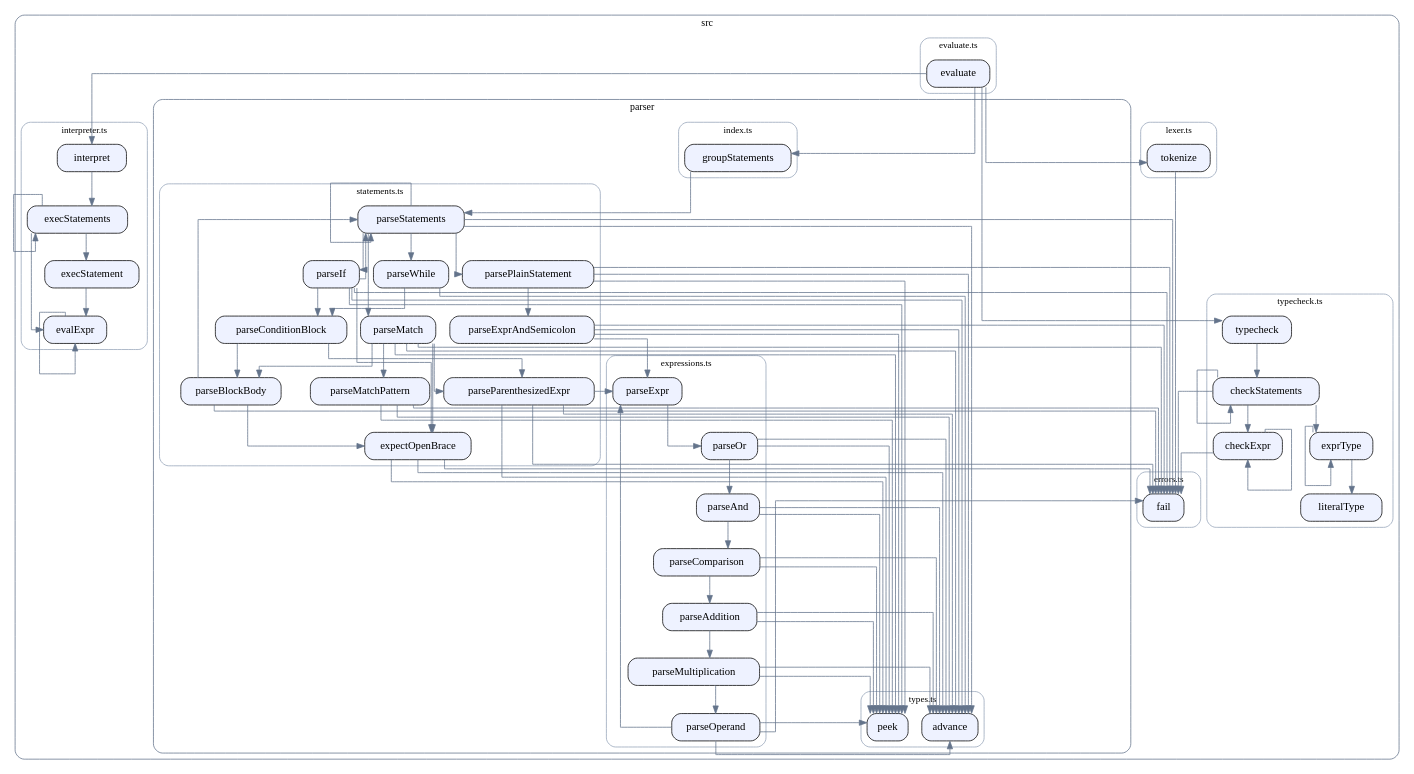
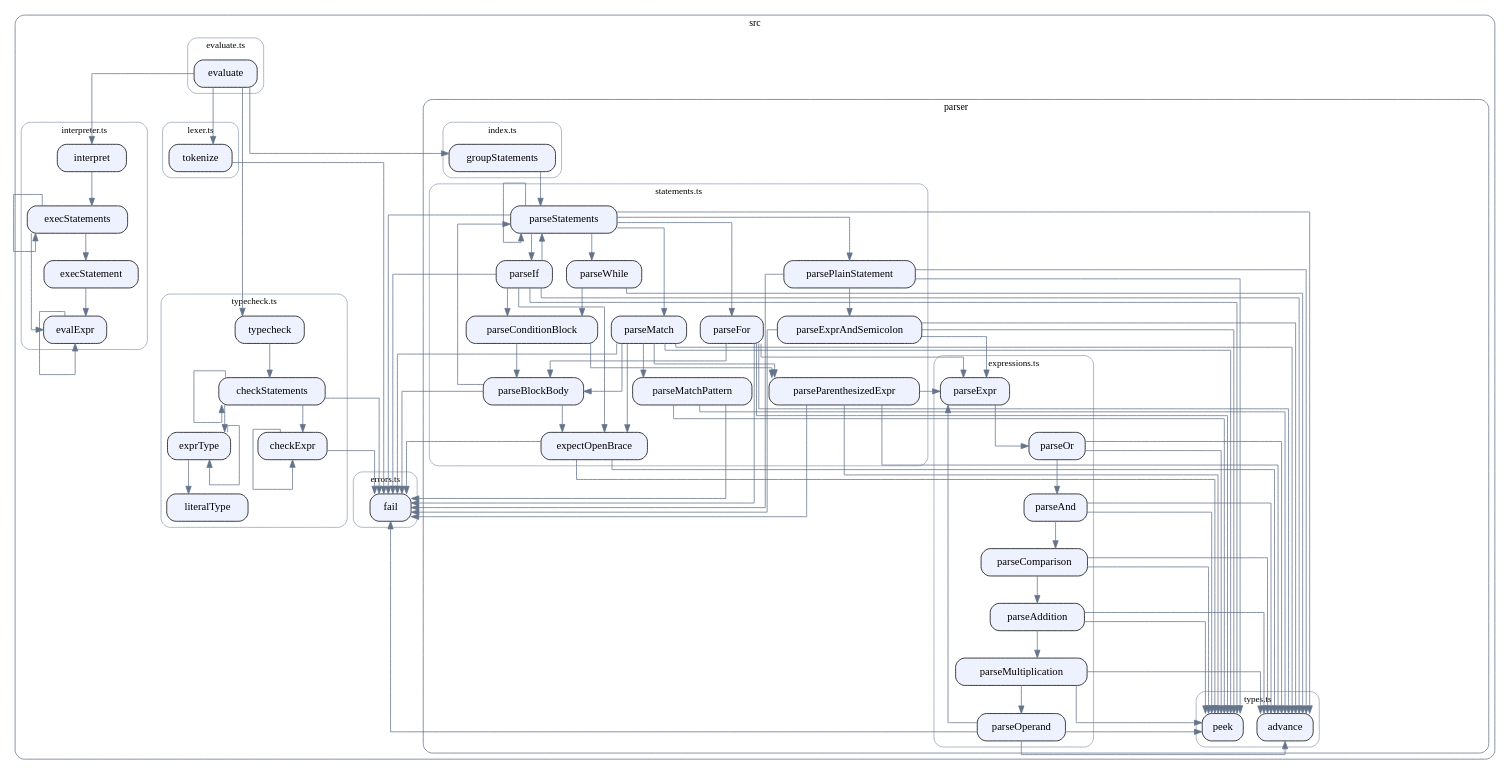
Before and after one commit to SirMathhman/Tuff: the diagram in docs/callgraph.dot, drawn with Graphviz. The commit also changed 9 other files, not shown here.

```diff
--- a/docs/callgraph.dot
+++ b/docs/callgraph.dot
@@ -99,6 +99,7 @@
     "src\\parser\\statements.ts::parseConditionBlock" [label="parseConditionBlock"];
     "src\\parser\\statements.ts::parseIf" [label="parseIf"];
     "src\\parser\\statements.ts::parseWhile" [label="parseWhile"];
+    "src\\parser\\statements.ts::parseFor" [label="parseFor"];
     "src\\parser\\statements.ts::parseMatchPattern" [label="parseMatchPattern"];
     "src\\parser\\statements.ts::parseMatch" [label="parseMatch"];
   }
@@ -150,6 +151,7 @@
   "src\\parser\\statements.ts::parseStatements" -> "src\\errors.ts::fail";
   "src\\parser\\statements.ts::parseStatements" -> "src\\parser\\statements.ts::parseIf";
   "src\\parser\\statements.ts::parseStatements" -> "src\\parser\\statements.ts::parseWhile";
+  "src\\parser\\statements.ts::parseStatements" -> "src\\parser\\statements.ts::parseFor";
   "src\\parser\\statements.ts::parseStatements" -> "src\\parser\\statements.ts::parseMatch";
   "src\\parser\\statements.ts::parseStatements" -> "src\\parser\\statements.ts::parsePlainStatement";
   "src\\parser\\statements.ts::parseExprAndSemicolon" -> "src\\parser\\expressions.ts::parseExpr";
@@ -180,6 +182,11 @@
   "src\\parser\\statements.ts::parseIf" -> "src\\errors.ts::fail";
   "src\\parser\\statements.ts::parseWhile" -> "src\\parser\\types.ts::advance";
   "src\\parser\\statements.ts::parseWhile" -> "src\\parser\\statements.ts::parseConditionBlock";
+  "src\\parser\\statements.ts::parseFor" -> "src\\parser\\types.ts::advance";
+  "src\\parser\\statements.ts::parseFor" -> "src\\parser\\types.ts::peek";
+  "src\\parser\\statements.ts::parseFor" -> "src\\errors.ts::fail";
+  "src\\parser\\statements.ts::parseFor" -> "src\\parser\\expressions.ts::parseExpr";
+  "src\\parser\\statements.ts::parseFor" -> "src\\parser\\statements.ts::parseBlockBody";
   "src\\parser\\statements.ts::parseMatchPattern" -> "src\\parser\\types.ts::peek";
   "src\\parser\\statements.ts::parseMatchPattern" -> "src\\errors.ts::fail";
   "src\\parser\\statements.ts::parseMatchPattern" -> "src\\parser\\types.ts::advance";
```
